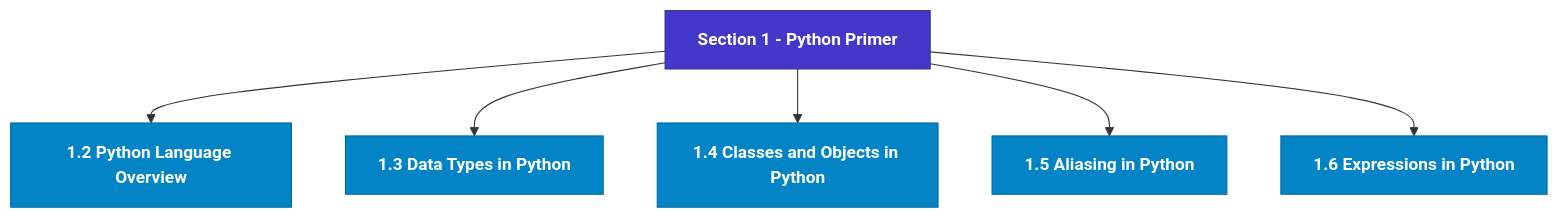
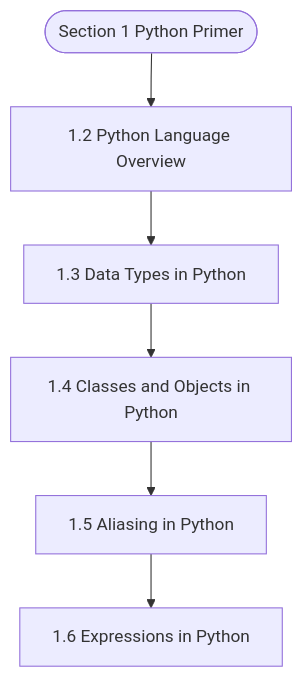
One commit to Asutosh-Coaching/mscdsa changed the diagram in notes/Semester_1/MCSL-064_Data_Structures_using_Python_Lab/unit_01_Python_Primer.md. Above: the diagram before and after it, drawn with Mermaid. The commit also changed other lines of this file and 115 other files, not shown here.

Commit message:
Fix Mermaid layout for mobile, isolate LaTeX delimiters, and add GitHub Pages reader

````diff
--- a/notes/Semester_1/MCSL-064_Data_Structures_using_Python_Lab/unit_01_Python_Primer.md
+++ b/notes/Semester_1/MCSL-064_Data_Structures_using_Python_Lab/unit_01_Python_Primer.md
@@ -19,19 +19,14 @@
 ```mermaid
 flowchart TD
-  %% Styling Definitions
-  classDef head fill:#4338ca,stroke:#312e81,color:#ffffff,font-weight:bold;
-  classDef topic fill:#0284c7,stroke:#0369a1,color:#ffffff,font-weight:600;
-  classDef sub fill:#1e293b,stroke:#475569,color:#f8fafc;
-
-  Root["Section 1 - Python Primer"]:::head
-  M1["1.2 Python Language Overview"]:::topic
-  Root --> M1
-  M2["1.3 Data Types in Python"]:::topic
-  Root --> M2
-  M3["1.4 Classes and Objects in Python"]:::topic
-  Root --> M3
-  M4["1.5 Aliasing in Python"]:::topic
-  Root --> M4
-  M5["1.6 Expressions in Python"]:::topic
-  Root --> M5
+  Start(["Section 1 Python Primer"])
+  N1["1.2 Python Language Overview"]
+  N2["1.3 Data Types in Python"]
+  N3["1.4 Classes and Objects in Python"]
+  N4["1.5 Aliasing in Python"]
+  N5["1.6 Expressions in Python"]
+  Start --> N1
+  N1 --> N2
+  N2 --> N3
+  N3 --> N4
+  N4 --> N5
 ```
````
